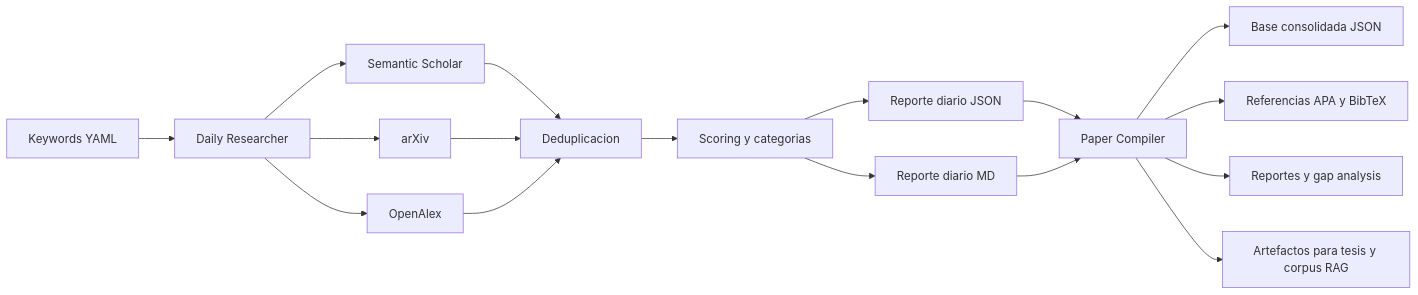
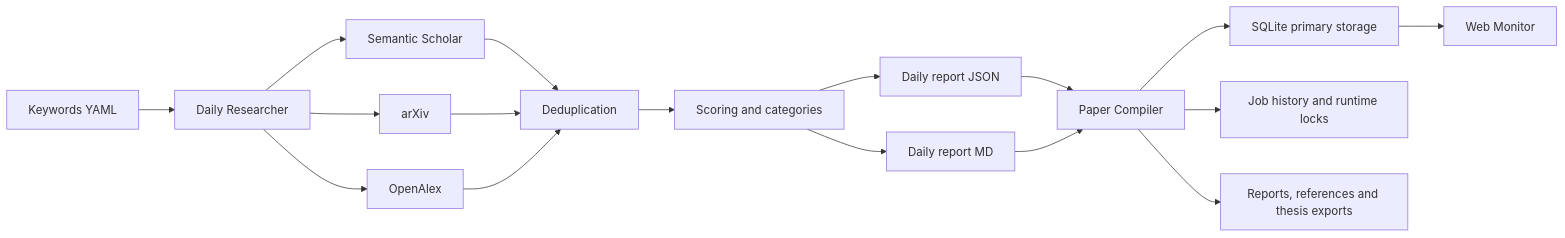
Before and after one commit to EnzoOrdonez/thesis-paper-agents: the diagram in README.md, drawn with Mermaid. The commit also changed other lines of this file and 2 other files, not shown here.

````diff
--- a/README.md
+++ b/README.md
@@ -48,19 +78,19 @@
 ```mermaid
 flowchart LR
     A[Keywords YAML] --> B[Daily Researcher]
     B --> C[Semantic Scholar]
     B --> D[arXiv]
     B --> E[OpenAlex]
-    C --> F[Deduplicacion]
+    C --> F[Deduplication]
     D --> F
     E --> F
-    F --> G[Scoring y categorias]
-    G --> H[Reporte diario MD]
-    G --> I[Reporte diario JSON]
+    F --> G[Scoring and categories]
+    G --> H[Daily report MD]
+    G --> I[Daily report JSON]
     I --> J[Paper Compiler]
     H --> J
-    J --> K[Base consolidada JSON]
-    J --> L[Referencias APA y BibTeX]
-    J --> M[Reportes y gap analysis]
-    J --> N[Artefactos para tesis y corpus RAG]
+    J --> K[SQLite primary storage]
+    J --> L[Job history and runtime locks]
+    J --> M[Reports, references and thesis exports]
+    K --> N[Web Monitor]
 ```
````
